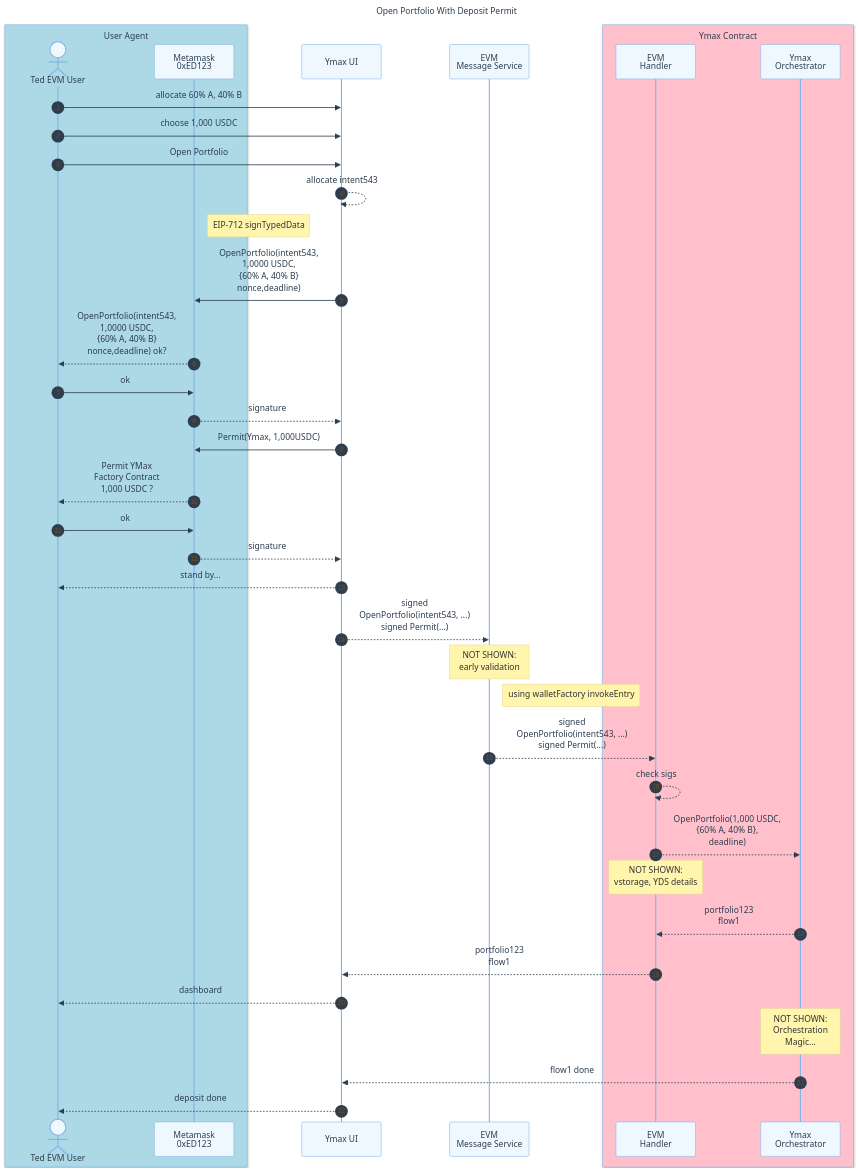
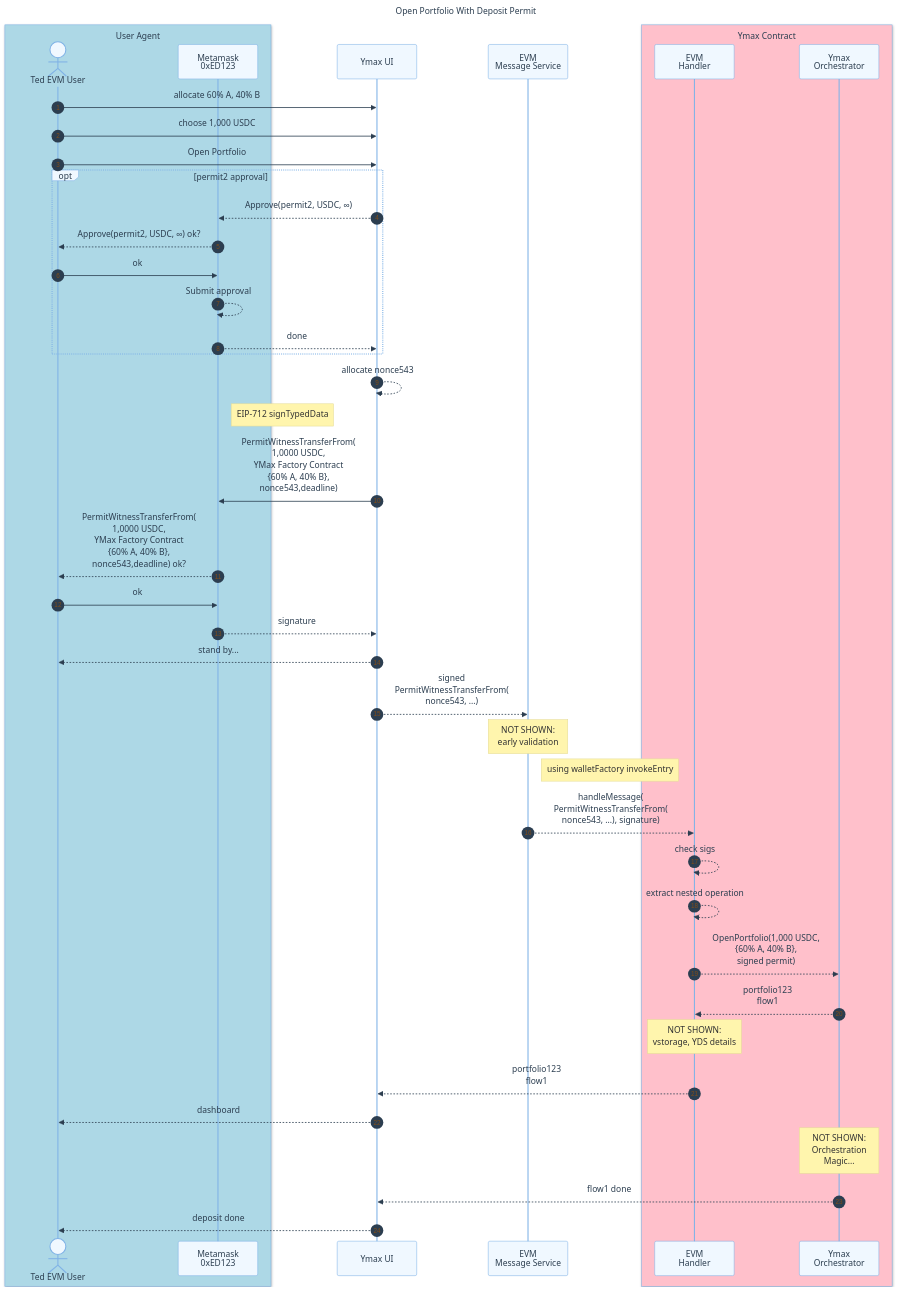
Before and after one commit to Agoric/agoric-sdk: the third of 7 diagrams in packages/portfolio-contract/docs-design/evm-wallet.md, drawn with Mermaid. The commit also changed other lines of this file, not shown here.

Commit message:
docs: update evm permit2, create+deposit

````diff
--- a/packages/portfolio-contract/docs-design/evm-wallet.md
+++ b/packages/portfolio-contract/docs-design/evm-wallet.md
@@ -114,61 +117,66 @@
 ```mermaid
 
 %%{init: {
   'theme': 'base',
   'themeVariables': {
     'primaryColor': '#f0f8ff',
     'primaryTextColor': '#2c3e50',
     'primaryBorderColor': '#7fb2e6',
     'lineColor': '#7fb2e6',
     'secondaryColor': '#f6f8fa',
     'tertiaryColor': '#fff5e6'
   }
 }}%%
 sequenceDiagram
   title Open Portfolio With Deposit Permit
   autonumber
   box lightblue User Agent
     actor U as Ted EVM User
     participant MM as Metamask<br/>0xED123
   end
   participant D as Ymax UI
   participant EMS as EVM<br/> Message Service
   %% [Where it runs]
   box Pink Ymax Contract
     participant EMH as EVM<br/>Handler
     participant YC as Ymax<br/>Orchestrator
   end
 
   %% Notation: ->> for initial message, -->> for consequences
 
   U->>D: allocate 60% A, 40% B
   U->>D: choose 1,000 USDC
   U->>D: Open Portfolio
-  D-->>D: allocate intent543
+
+  opt permit2 approval
+    D-->>MM: Approve(permit2, USDC, ∞)
+    MM-->>U: Approve(permit2, USDC, ∞) ok?
+    U->>MM: ok
+    MM-->>MM: Submit approval
+    MM-->>D: done
+  end
+
+  D-->>D: allocate nonce543
   note right of MM: EIP-712 signTypedData
-  D->>MM: OpenPortfolio(intent543,<br/>1,0000 USDC,<br/>{60% A, 40% B}<br/>nonce,deadline)
-  MM-->>U: OpenPortfolio(intent543,<br/>1,0000 USDC,<br/>{60% A, 40% B}<br/>nonce,deadline) ok?
+  D->>MM: PermitWitnessTransferFrom(<br/>1,0000 USDC,<br/>YMax Factory Contract<br/>{60% A, 40% B},<br/>nonce543,deadline)
+  MM-->>U: PermitWitnessTransferFrom(<br/>1,0000 USDC,<br/>YMax Factory Contract<br/>{60% A, 40% B},<br/>nonce543,deadline) ok?
   U->>MM: ok
   MM-->>D: signature
 
-  D->>MM: Permit(Ymax, 1,000USDC)
-  MM-->>U: Permit YMax<br/>Factory Contract<br/>1,000 USDC ?
-  U->>MM: ok
-
-  MM-->>D: signature
   D-->>U: stand by...
 
-  D -->> EMS: signed<br/>OpenPortfolio(intent543, ...)<br/>signed Permit(...)
+  D -->> EMS: signed<br/>PermitWitnessTransferFrom(<br/>nonce543, ...)
   note over EMS: NOT SHOWN:<br/>early validation
   note right of EMS: using walletFactory invokeEntry
-  EMS -->> EMH: signed<br/>OpenPortfolio(intent543, ...)<br/>signed Permit(...)
+  EMS -->> EMH: handleMessage(<br/>PermitWitnessTransferFrom(<br/>nonce543, ...), signature)
   EMH -->> EMH: check sigs
-  EMH -->> YC: OpenPortfolio(1,000 USDC,<br/>{60% A, 40% B},<br/>deadline)
+  EMH -->> EMH: extract nested operation
+  EMH -->> YC: OpenPortfolio(1,000 USDC,<br/>{60% A, 40% B},<br/>signed permit)
+  YC -->> EMH: portfolio123<br/>flow1
   note over EMH: NOT SHOWN:<br/>vstorage, YDS details
-  YC -->> EMH: portfolio123<br/>flow1
   EMH -->> D: portfolio123<br/>flow1
   D -->> U: dashboard
   note over YC: NOT SHOWN:<br/>Orchestration<br/>Magic...
   YC-->> D: flow1 done
   D -->> U: deposit done
 ```
````
